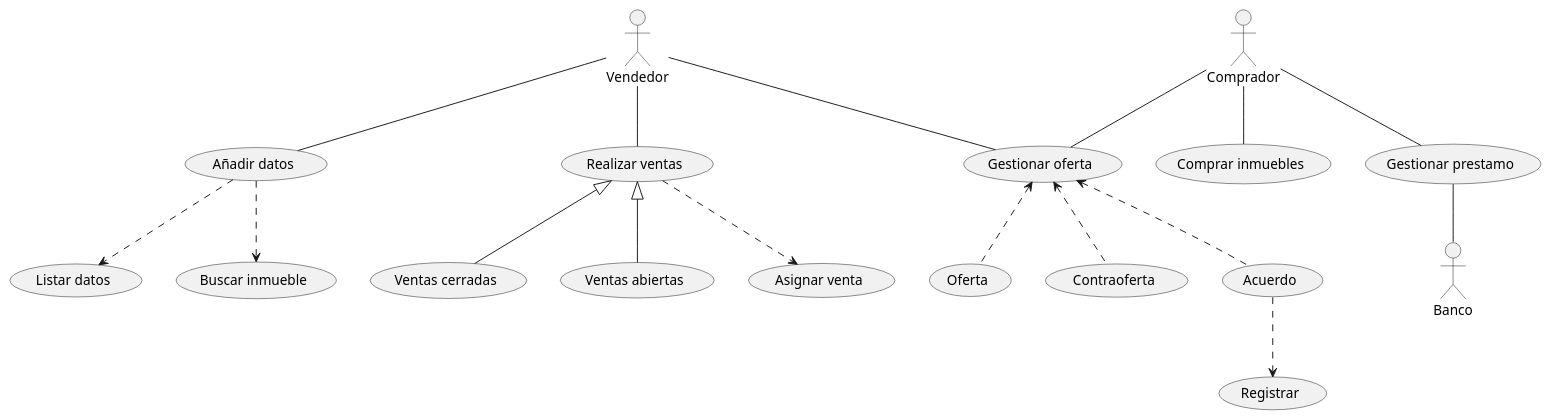
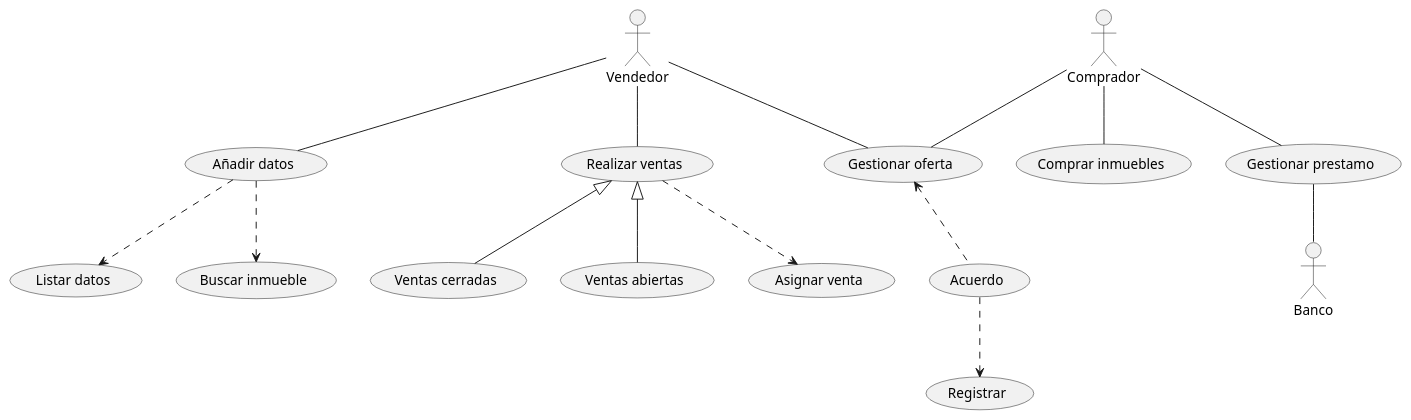
One commit to Pablobalmis/ED changed the diagram in Actividades2-UT4 Martinez Aznar Pablo/Ejercicio2.wsd. Above: the diagram before and after it, drawn with PlantUML.

Commit message:
corrijo ejercicio2

```diff
--- a/Actividades2-UT4 Martinez Aznar Pablo/Ejercicio2.wsd
+++ b/Actividades2-UT4 Martinez Aznar Pablo/Ejercicio2.wsd
@@ -1,18 +1,16 @@
 @startuml Ejercicio2.wsd
 :Vendedor: -- (Añadir datos)
 (Añadir datos)..>(Listar datos)
 (Añadir datos)..>(Buscar inmueble) 
 :Vendedor: -- (Realizar ventas)
 (Realizar ventas) <|-- (Ventas cerradas)
 (Realizar ventas) <|-- (Ventas abiertas)
 (Realizar ventas) ..>(Asignar venta)
 :Comprador: -- (Comprar inmuebles)
 :Vendedor: -- (Gestionar oferta)
 :Comprador: -- (Gestionar oferta)
-(Gestionar oferta) <.. (Oferta)
-(Gestionar oferta) <.. (Contraoferta)
 (Gestionar oferta) <.. (Acuerdo)
 (Acuerdo) ..> (Registrar)
 :Comprador: -- (Gestionar prestamo)
 (Gestionar prestamo) -- :Banco:
 @enduml
```
